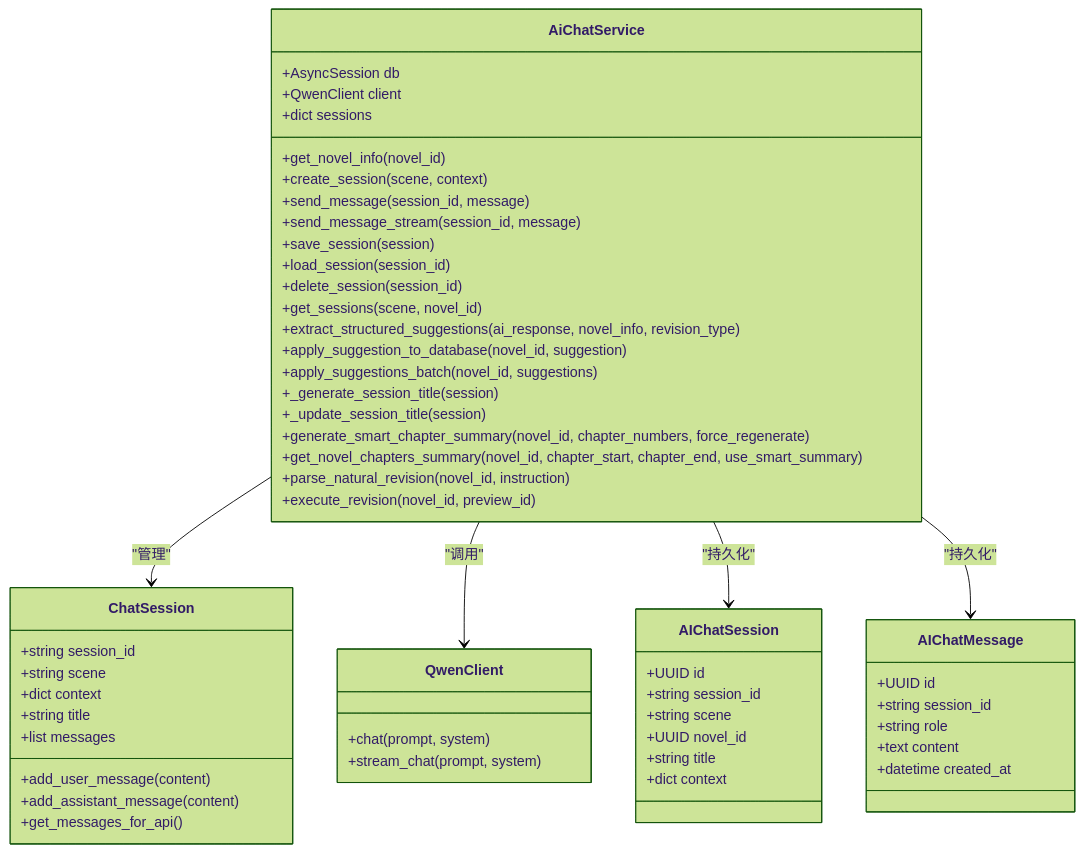
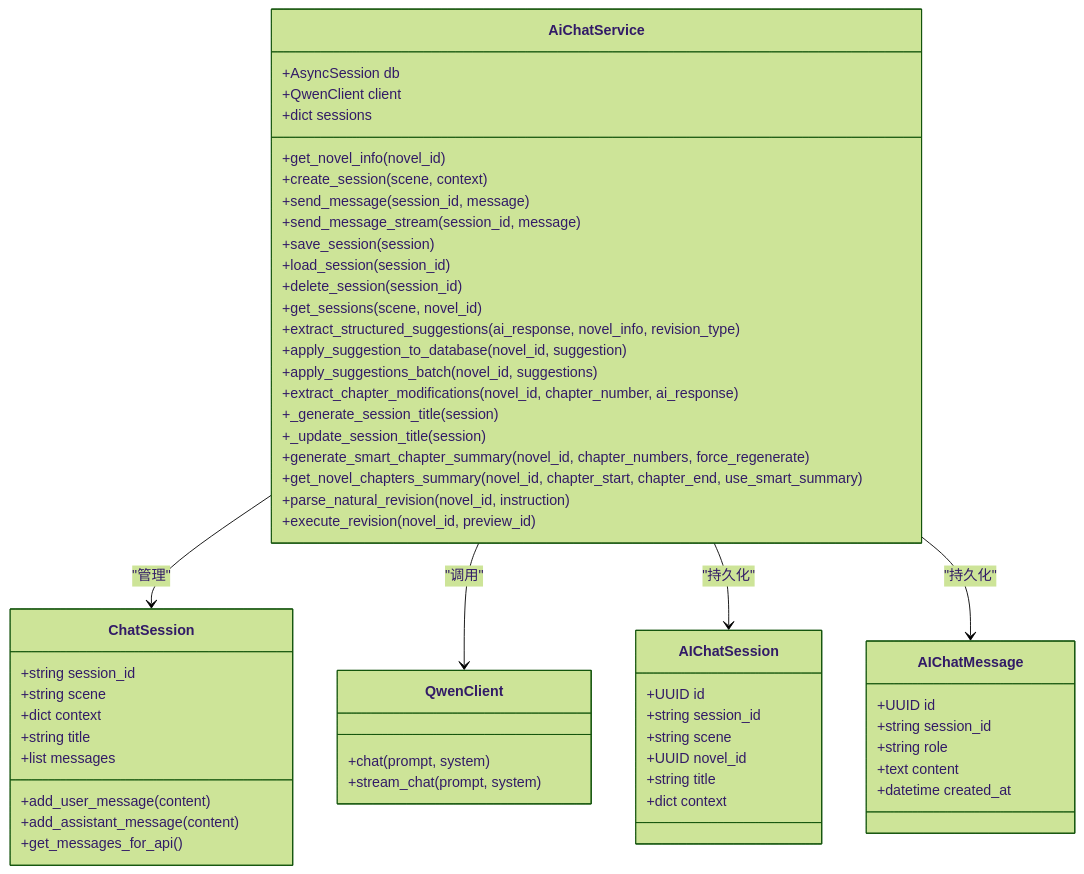
One commit to xfbyxq/ai-novel-system changed diagram 14 of 14 in .qoder/repowiki/zh/content/API接口文档/AI聊天API.md. Above: the diagram before and after it, drawn with Mermaid (forest theme). The commit also changed other lines of this file and 13 other files, not shown here.

````diff
--- a/.qoder/repowiki/zh/content/API接口文档/AI聊天API.md
+++ b/.qoder/repowiki/zh/content/API接口文档/AI聊天API.md
@@ -600,58 +641,59 @@
 ```mermaid
 classDiagram
 class ChatSession {
 +string session_id
 +string scene
 +dict context
 +string title
 +list messages
 +add_user_message(content)
 +add_assistant_message(content)
 +get_messages_for_api()
 }
 class AiChatService {
 +AsyncSession db
 +QwenClient client
 +dict sessions
 +get_novel_info(novel_id)
 +create_session(scene, context)
 +send_message(session_id, message)
 +send_message_stream(session_id, message)
 +save_session(session)
 +load_session(session_id)
 +delete_session(session_id)
 +get_sessions(scene, novel_id)
 +extract_structured_suggestions(ai_response, novel_info, revision_type)
 +apply_suggestion_to_database(novel_id, suggestion)
 +apply_suggestions_batch(novel_id, suggestions)
++extract_chapter_modifications(novel_id, chapter_number, ai_response)
 +_generate_session_title(session)
 +_update_session_title(session)
 +generate_smart_chapter_summary(novel_id, chapter_numbers, force_regenerate)
 +get_novel_chapters_summary(novel_id, chapter_start, chapter_end, use_smart_summary)
 +parse_natural_revision(novel_id, instruction)
 +execute_revision(novel_id, preview_id)
 }
 class QwenClient {
 +chat(prompt, system)
 +stream_chat(prompt, system)
 }
 class AIChatSession {
 +UUID id
 +string session_id
 +string scene
 +UUID novel_id
 +string title
 +dict context
 }
 class AIChatMessage {
 +UUID id
 +string session_id
 +string role
 +text content
 +datetime created_at
 }
 AiChatService --> ChatSession : "管理"
 AiChatService --> QwenClient : "调用"
 AiChatService --> AIChatSession : "持久化"
 AiChatService --> AIChatMessage : "持久化"
 ```
````
